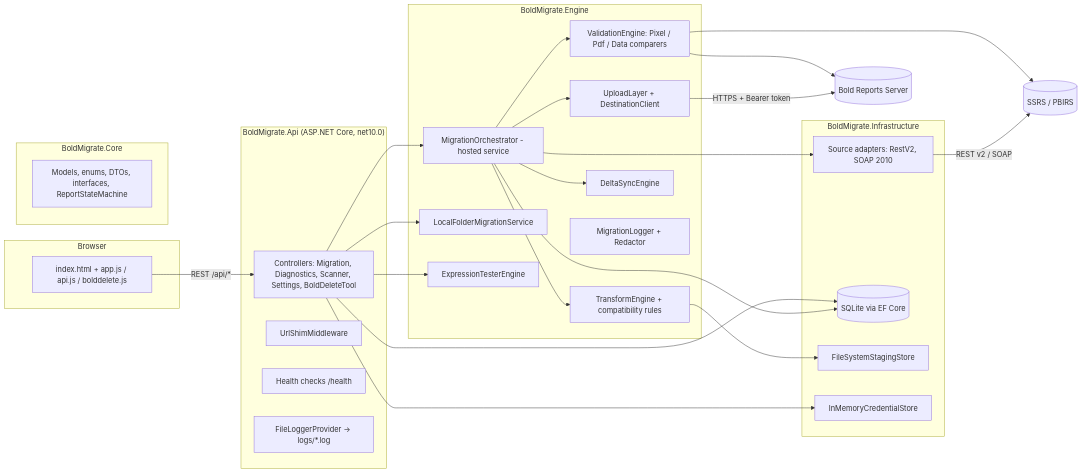
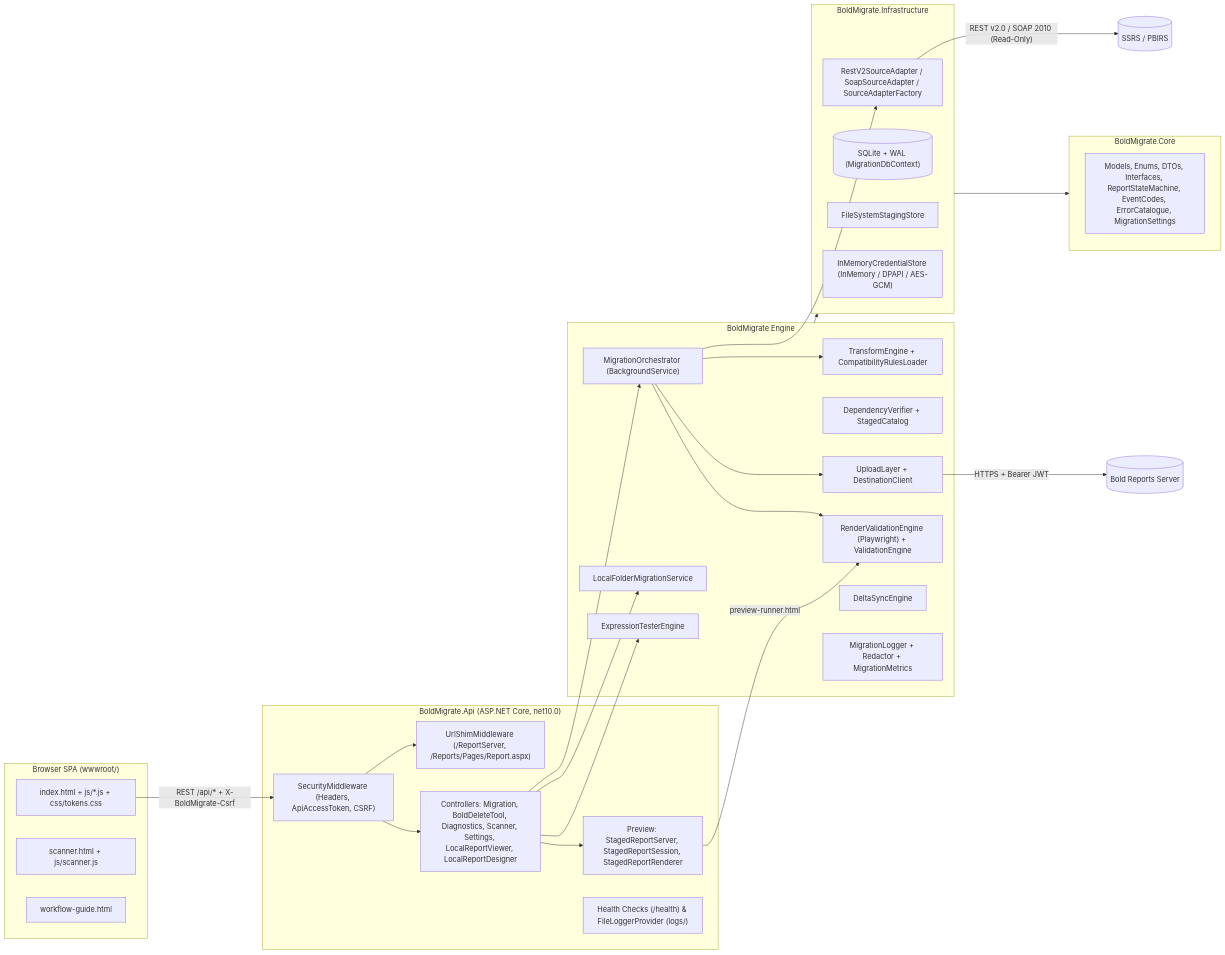
Before and after one commit to Manoranjan2206/Bold-Migrate: the first of 3 diagrams in docs/application-spec.md, drawn with Mermaid. The commit also changed other lines of this file and 25 other files, not shown here.

Commit message:
docs: rewrite application spec, add ADRs/guides, update HTML/MD docs, and add orchestrator & specialist agents/skills

````diff
--- a/docs/application-spec.md
+++ b/docs/application-spec.md
@@ -22,49 +31,54 @@
 ```mermaid
 flowchart LR
-    subgraph Browser
-        UI[index.html + app.js / api.js / bolddelete.js]
-    end
-    subgraph "BoldMigrate.Api (ASP.NET Core, net10.0)"
-        CTRL[Controllers: Migration, Diagnostics, Scanner, Settings, BoldDeleteTool]
-        MW[UrlShimMiddleware]
-        HC[Health checks /health]
-        FL[FileLoggerProvider -> logs/*.log]
-    end
-    subgraph "BoldMigrate.Engine"
-        ORCH[MigrationOrchestrator - hosted service]
-        TR[TransformEngine + compatibility rules]
-        UP[UploadLayer + DestinationClient]
-        VAL[ValidationEngine: Pixel / Pdf / Data comparers]
-        DS[DeltaSyncEngine]
-        LF[LocalFolderMigrationService]
-        EX[ExpressionTesterEngine]
-        LOG[MigrationLogger + Redactor]
-    end
-    subgraph "BoldMigrate.Infrastructure"
-        SA[Source adapters: RestV2, SOAP 2010]
-        DB[(SQLite via EF Core)]
-        STG[FileSystemStagingStore]
-        CRED[InMemoryCredentialStore]
-    end
-    subgraph "BoldMigrate.Core"
-        CORE[Models, enums, DTOs, interfaces, ReportStateMachine]
+    subgraph Browser["Browser SPA (wwwroot/)"]
+        UI["index.html + js/*.js + css/tokens.css"]
+        SCAN["scanner.html + js/scanner.js"]
+        GUIDE["workflow-guide.html"]
     end
 
-    UI -->|REST /api/*| CTRL
+    subgraph Api["BoldMigrate.Api (ASP.NET Core, net10.0)"]
+        MW["SecurityMiddleware (Headers, ApiAccessToken, CSRF)"]
+        SHIM["UrlShimMiddleware (/ReportServer, /Reports/Pages/Report.aspx)"]
+        CTRL["Controllers: Migration, BoldDeleteTool, Diagnostics, Scanner, Settings, LocalReportViewer, LocalReportDesigner"]
+        PREV["Preview: StagedReportServer, StagedReportSession, StagedReportRenderer"]
+        HC["Health Checks (/health) & FileLoggerProvider (logs/)"]
+    end
+
+    subgraph Engine["BoldMigrate.Engine"]
+        ORCH["MigrationOrchestrator (BackgroundService)"]
+        XFRM["TransformEngine + CompatibilityRulesLoader"]
+        DEP["DependencyVerifier + StagedCatalog"]
+        UP["UploadLayer + DestinationClient"]
+        VAL["RenderValidationEngine (Playwright) + ValidationEngine"]
+        DSYNC["DeltaSyncEngine"]
+        LF["LocalFolderMigrationService"]
+        EXPR["ExpressionTesterEngine"]
+        LOG["MigrationLogger + Redactor + MigrationMetrics"]
+    end
+
+    subgraph Infra["BoldMigrate.Infrastructure"]
+        SA["RestV2SourceAdapter / SoapSourceAdapter / SourceAdapterFactory"]
+        DB[("SQLite + WAL (MigrationDbContext)")]
+        STG["FileSystemStagingStore"]
+        CRED["InMemoryCredentialStore (InMemory / DPAPI / AES-GCM)"]
+    end
+
+    subgraph Core["BoldMigrate.Core"]
+        DOMAIN["Models, Enums, DTOs, Interfaces, ReportStateMachine, EventCodes, ErrorCatalogue, MigrationSettings"]
+    end
+
+    UI -->|REST /api/* + X-BoldMigrate-Csrf| MW --> CTRL
+    MW --> SHIM
     CTRL --> ORCH
+    CTRL --> PREV
     CTRL --> LF
-    CTRL --> EX
-    ORCH --> TR
+    CTRL --> EXPR
+    PREV -->|"preview-runner.html"| VAL
+    ORCH --> SA
+    ORCH --> XFRM
     ORCH --> UP
     ORCH --> VAL
-    ORCH --> DS
-    ORCH --> SA
-    ORCH --> DB
-    TR --> STG
-    UP -->|HTTPS + Bearer token| BR[(Bold Reports Server)]
-    SA -->|REST v2 / SOAP| SSRS[(SSRS / PBIRS)]
-    VAL --> SSRS
-    VAL --> BR
-    CTRL --> CRED
-    CTRL --> DB
+    UP -->|"HTTPS + Bearer JWT"| BR[("Bold Reports Server")]
+    SA -->|"REST v2.0 / SOAP 2010 (Read-Only)"| SSRS[("SSRS / PBIRS")]
+    Engine --> Infra --> Core
 ```
````
